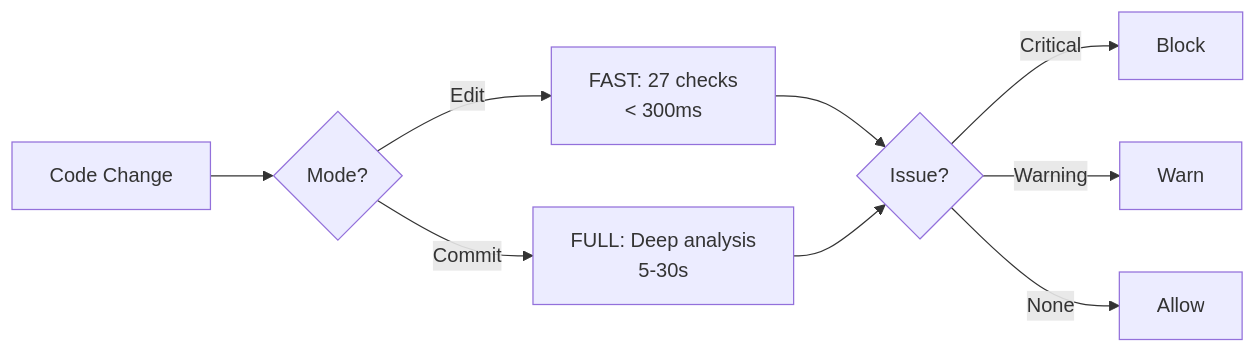
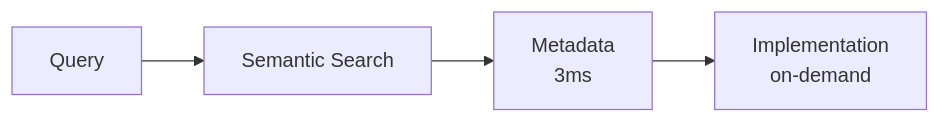
Before and after one commit to rlefko/Claude-code-memory: the second of 3 diagrams in README.md, drawn with Mermaid. The commit also changed other lines of this file and 3 other files, not shown here.

````diff
--- a/README.md
+++ b/README.md
@@ -58,11 +46,6 @@
 ```mermaid
-flowchart LR
-    A[Code Change] --> B{Mode?}
-    B -->|Edit| C[FAST: 27 checks<br/>< 300ms]
-    B -->|Commit| D[FULL: Deep analysis<br/>5-30s]
-    C --> E{Issue?}
-    D --> E
-    E -->|Critical| F[Block]
-    E -->|Warning| G[Warn]
-    E -->|None| H[Allow]
+graph LR
+    Q[Query] --> S[Semantic Search]
+    S --> M[Metadata<br/>3ms]
+    M --> I[Implementation<br/>on-demand]
 ```
````
